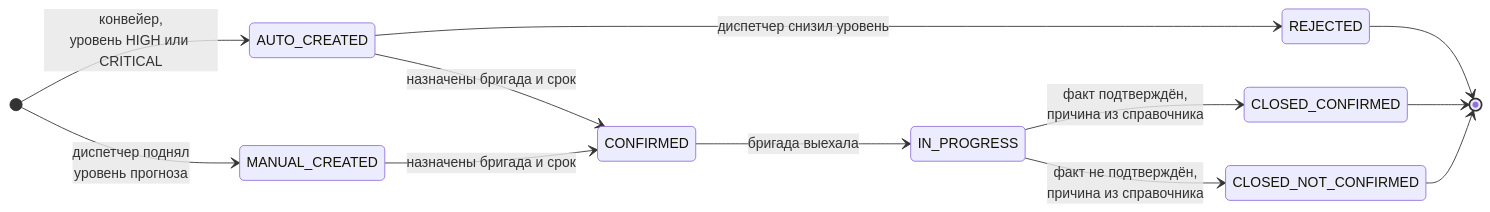
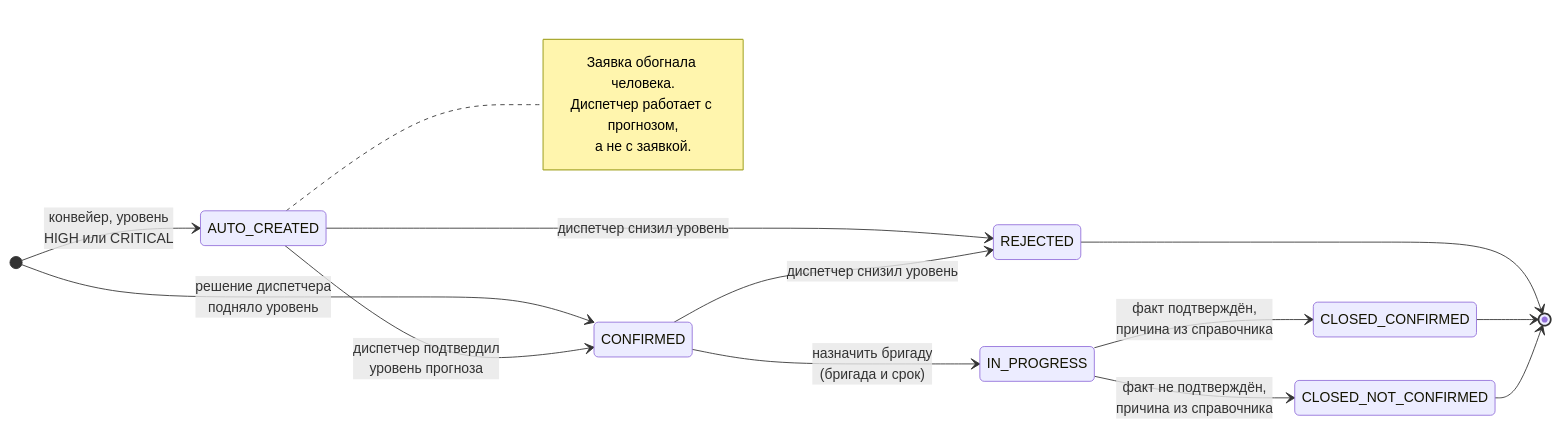
One commit to IIshikiII/LCT2026 changed the third of 4 diagrams in ARM-ODS-lifecycle.md. Above: the diagram before and after it, drawn with Mermaid. The commit also changed other lines of this file and 22 other files, not shown here.

````diff
--- a/ARM-ODS-lifecycle.md
+++ b/ARM-ODS-lifecycle.md
@@ -97,19 +101,25 @@
 ```mermaid
 stateDiagram-v2
     direction LR
 
-    [*] --> AUTO_CREATED : конвейер,<br/>уровень HIGH или CRITICAL
-    [*] --> MANUAL_CREATED : диспетчер поднял<br/>уровень прогноза
+    [*] --> AUTO_CREATED : конвейер, уровень<br/>HIGH или CRITICAL
+    [*] --> CONFIRMED : решение диспетчера<br/>подняло уровень
 
-    AUTO_CREATED --> CONFIRMED : назначены бригада и срок
-    MANUAL_CREATED --> CONFIRMED : назначены бригада и срок
+    AUTO_CREATED --> CONFIRMED : диспетчер подтвердил<br/>уровень прогноза
     AUTO_CREATED --> REJECTED : диспетчер снизил уровень
+    CONFIRMED --> REJECTED : диспетчер снизил уровень
 
-    CONFIRMED --> IN_PROGRESS : бригада выехала
+    CONFIRMED --> IN_PROGRESS : назначить бригаду<br/>(бригада и срок)
     IN_PROGRESS --> CLOSED_CONFIRMED : факт подтверждён,<br/>причина из справочника
     IN_PROGRESS --> CLOSED_NOT_CONFIRMED : факт не подтверждён,<br/>причина из справочника
 
     REJECTED --> [*]
     CLOSED_CONFIRMED --> [*]
     CLOSED_NOT_CONFIRMED --> [*]
+
+    note right of AUTO_CREATED
+        Заявка обогнала человека.
+        Диспетчер работает с прогнозом,
+        а не с заявкой.
+    end note
 ```
````
